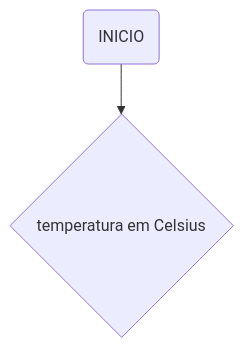
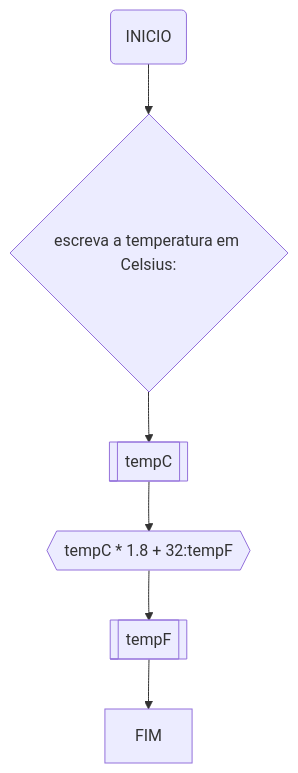
One commit to PEDRAPE/UNIFOR changed the sixth of 6 diagrams in README.md. Above: the diagram before and after it, drawn with Mermaid. The commit also changed other lines of this file, not shown here.

````diff
--- a/README.md
+++ b/README.md
@@ -179,5 +180,9 @@
 ```mermaid
 graph
-a(INICIO)-->b{temperatura em Celsius}
+a(INICIO)-->b{escreva a temperatura em Celsius:}
+b-->c[[tempC]]
+c-->d{{tempC * 1.8 + 32:tempF}}
+d-->e[[tempF]]
+e-->FIM
 
 ```
````
